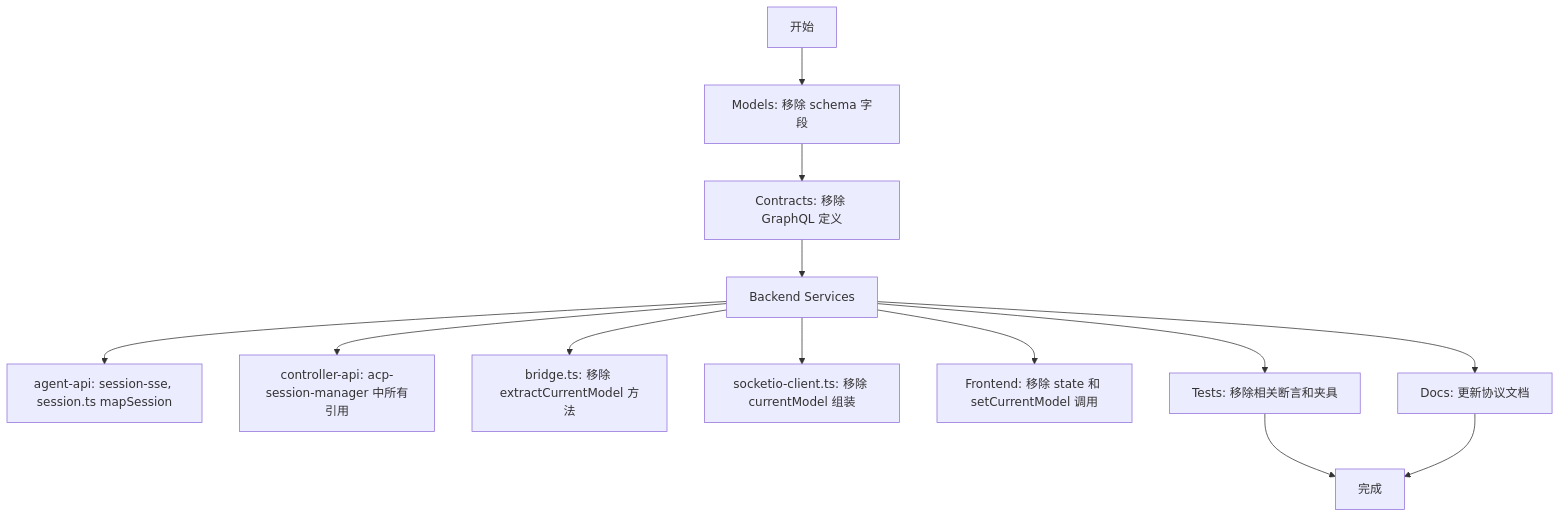
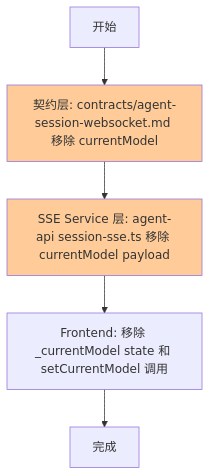
One commit to Deliay/z-agent-gear changed the second of 4 diagrams in docs/engineering/proposals/20260526-fix-acceptance-session-state.md. Above: the diagram before and after it, drawn with Mermaid. The commit also changed other lines of this file and 1 other file, not shown here.

Commit message:
docs: narrow currentModel cleanup to frontend only - no backend/model changes per review feedback

````diff
--- a/docs/engineering/proposals/20260526-fix-acceptance-session-state.md
+++ b/docs/engineering/proposals/20260526-fix-acceptance-session-state.md
@@ -75,15 +77,10 @@
 ```mermaid
 flowchart TD
-    A[开始] --> B[Models: 移除 schema 字段]
-    B --> C[Contracts: 移除 GraphQL 定义]
-    C --> D[Backend Services]
-    D --> D1[agent-api: session-sse, session.ts mapSession]
-    D --> D2[controller-api: acp-session-manager 中所有引用]
-    D --> D3[bridge.ts: 移除 extractCurrentModel 方法]
-    D --> D4[socketio-client.ts: 移除 currentModel 组装]
-    D --> E[Frontend: 移除 state 和 setCurrentModel 调用]
-    D --> F[Tests: 移除相关断言和夹具]
-    D --> G[Docs: 更新协议文档]
-    F --> H[完成]
-    G --> H
+    A[开始] --> B[契约层: contracts/agent-session-websocket.md 移除 currentModel]
+    B --> C[SSE Service 层: agent-api session-sse.ts 移除 currentModel payload]
+    C --> D[Frontend: 移除 _currentModel state 和 setCurrentModel 调用]
+    D --> E[完成]
+
+    style B fill:#ffcc99
+    style C fill:#ffcc99
 ```
````
